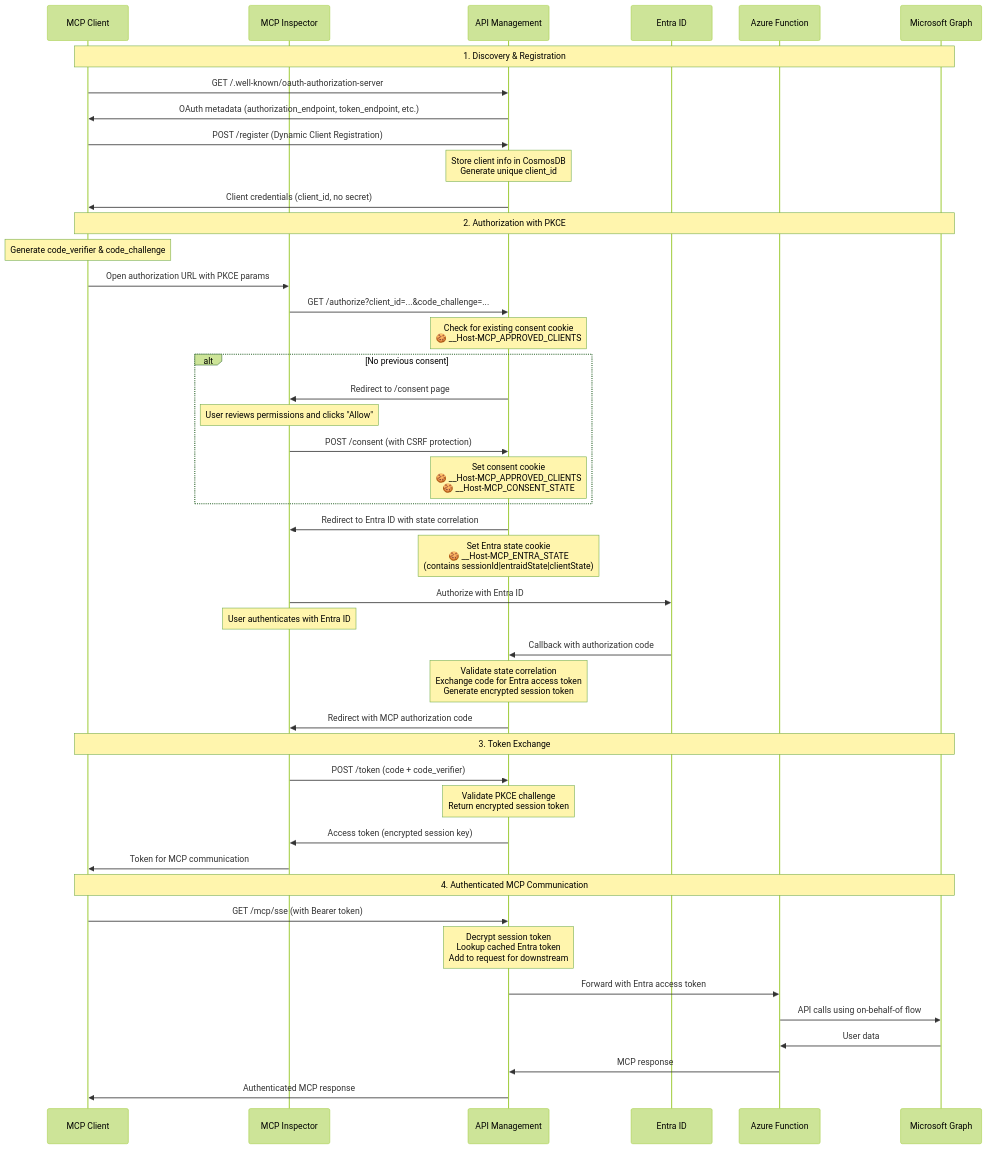
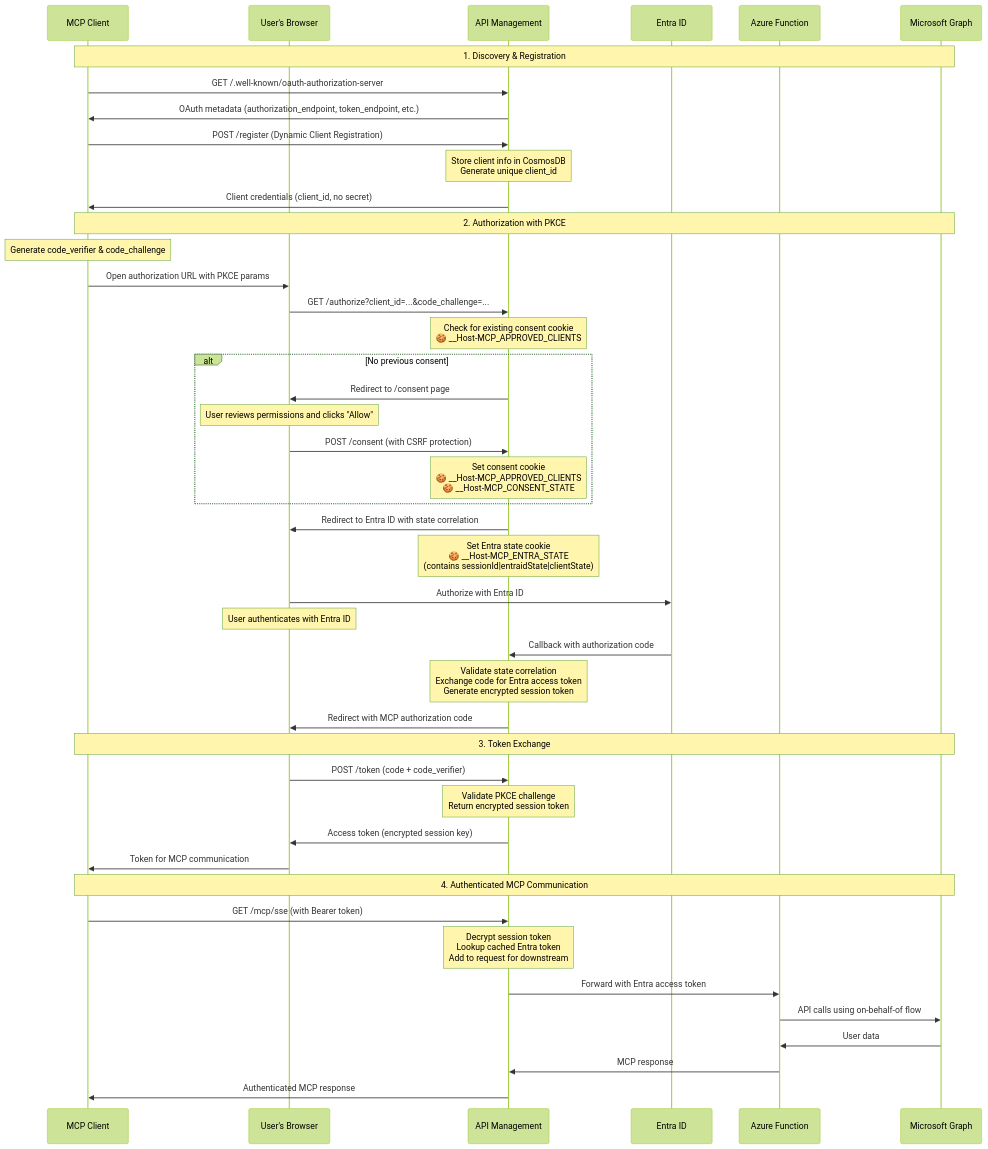
The diagram in README.md (localden/remote-auth-mcp-apim-py), drawn with Mermaid (forest theme) before and after one commit. The commit also changed other lines of this file, not shown here.

````diff
--- a/README.md
+++ b/README.md
@@ -31,56 +31,56 @@
 ```mermaid
 sequenceDiagram
     participant Client as MCP Client
-    participant Inspector as MCP Inspector
+    participant Browser as User's Browser
     participant APIM as API Management
     participant Entra as Entra ID
     participant Function as Azure Function
     participant Graph as Microsoft Graph
 
     Note over Client,Graph: 1. Discovery & Registration
     Client->>APIM: GET /.well-known/oauth-authorization-server
     APIM->>Client: OAuth metadata (authorization_endpoint, token_endpoint, etc.)
     
     Client->>APIM: POST /register (Dynamic Client Registration)
     Note over APIM: Store client info in CosmosDB<br/>Generate unique client_id
     APIM->>Client: Client credentials (client_id, no secret)
 
     Note over Client,Graph: 2. Authorization with PKCE
     Note over Client: Generate code_verifier & code_challenge
-    Client->>Inspector: Open authorization URL with PKCE params
-    Inspector->>APIM: GET /authorize?client_id=...&code_challenge=...
+    Client->>Browser: Open authorization URL with PKCE params
+    Browser->>APIM: GET /authorize?client_id=...&code_challenge=...
     
     Note over APIM: Check for existing consent cookie<br/>🍪 __Host-MCP_APPROVED_CLIENTS
     alt No previous consent
-        APIM->>Inspector: Redirect to /consent page
-        Note over Inspector: User reviews permissions and clicks "Allow"
-        Inspector->>APIM: POST /consent (with CSRF protection)
+        APIM->>Browser: Redirect to /consent page
+        Note over Browser: User reviews permissions and clicks "Allow"
+        Browser->>APIM: POST /consent (with CSRF protection)
         Note over APIM: Set consent cookie<br/>🍪 __Host-MCP_APPROVED_CLIENTS<br/>🍪 __Host-MCP_CONSENT_STATE
     end
     
-    APIM->>Inspector: Redirect to Entra ID with state correlation
+    APIM->>Browser: Redirect to Entra ID with state correlation
     Note over APIM: Set Entra state cookie<br/>🍪 __Host-MCP_ENTRA_STATE<br/>(contains sessionId|entraidState|clientState)
     
-    Inspector->>Entra: Authorize with Entra ID
-    Note over Inspector: User authenticates with Entra ID
+    Browser->>Entra: Authorize with Entra ID
+    Note over Browser: User authenticates with Entra ID
     Entra->>APIM: Callback with authorization code
     
     Note over APIM: Validate state correlation<br/>Exchange code for Entra access token<br/>Generate encrypted session token
-    APIM->>Inspector: Redirect with MCP authorization code
+    APIM->>Browser: Redirect with MCP authorization code
 
     Note over Client,Graph: 3. Token Exchange
-    Inspector->>APIM: POST /token (code + code_verifier)
+    Browser->>APIM: POST /token (code + code_verifier)
     Note over APIM: Validate PKCE challenge<br/>Return encrypted session token
-    APIM->>Inspector: Access token (encrypted session key)
-    Inspector->>Client: Token for MCP communication
+    APIM->>Browser: Access token (encrypted session key)
+    Browser->>Client: Token for MCP communication
 
     Note over Client,Graph: 4. Authenticated MCP Communication
     Client->>APIM: GET /mcp/sse (with Bearer token)
     Note over APIM: Decrypt session token<br/>Lookup cached Entra token<br/>Add to request for downstream
     APIM->>Function: Forward with Entra access token
     
     Function->>Graph: API calls using on-behalf-of flow
     Graph->>Function: User data
     Function->>APIM: MCP response
     APIM->>Client: Authenticated MCP response
 ```
````
